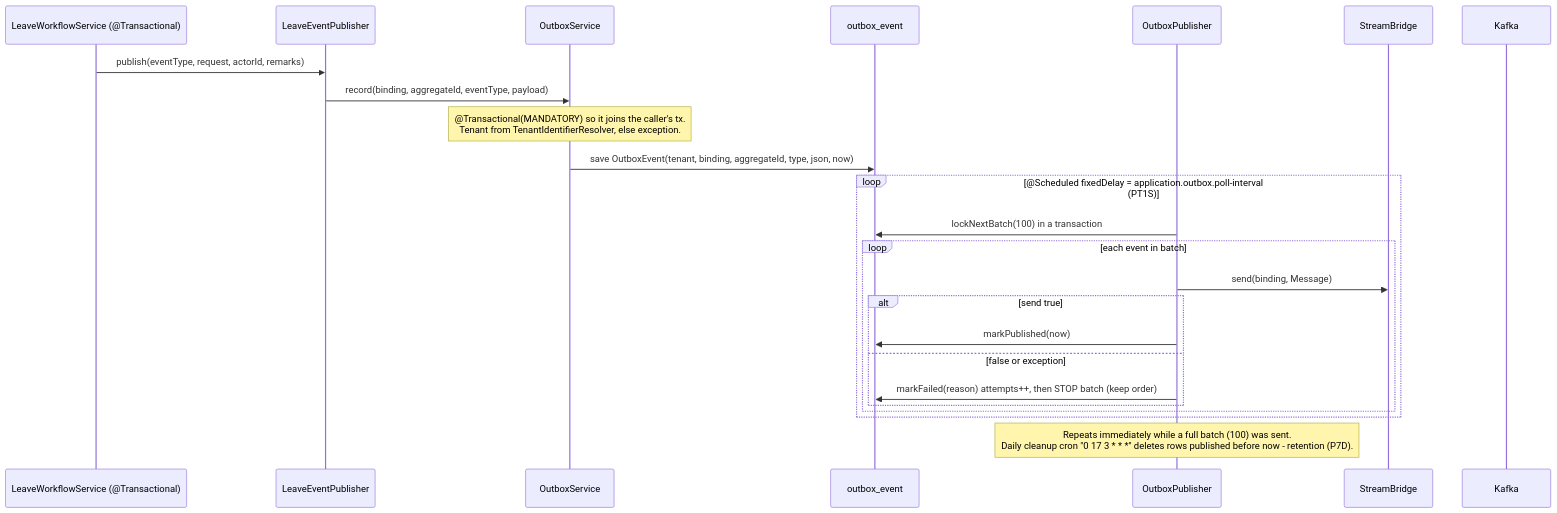
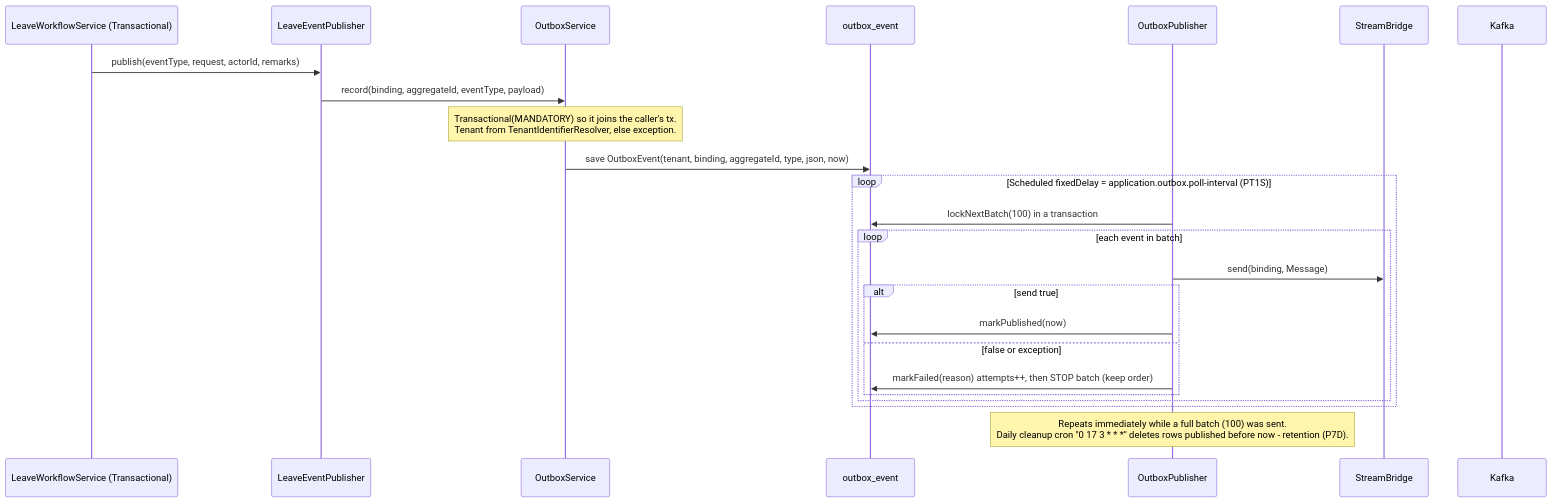
One commit to Scaibu/llm-obs-policies changed diagram 20 of 28 in rules/code-quality/architecture-principles/0002-generic-microservice-platform-blueprint.md. Above: the diagram before and after it, drawn with Mermaid. The commit also changed other lines of this file, not shown here.

Commit message:
fix(diagrams): remove all @ annotations from Mermaid blocks to fix parse errors

````diff
--- a/rules/code-quality/architecture-principles/0002-generic-microservice-platform-blueprint.md
+++ b/rules/code-quality/architecture-principles/0002-generic-microservice-platform-blueprint.md
@@ -1225,26 +1225,26 @@
 ```mermaid
 sequenceDiagram
-    participant WS as LeaveWorkflowService (@Transactional)
+    participant WS as LeaveWorkflowService (Transactional)
     participant EP as LeaveEventPublisher
     participant OS as OutboxService
     participant DB as outbox_event
     participant PUB as OutboxPublisher
     participant SB as StreamBridge
     participant K as Kafka
     WS->>EP: publish(eventType, request, actorId, remarks)
     EP->>OS: record(binding, aggregateId, eventType, payload)
-    Note over OS: @Transactional(MANDATORY) so it joins the caller's tx.<br/>Tenant from TenantIdentifierResolver, else exception.
+    Note over OS: Transactional(MANDATORY) so it joins the caller's tx.<br/>Tenant from TenantIdentifierResolver, else exception.
     OS->>DB: save OutboxEvent(tenant, binding, aggregateId, type, json, now)
-    loop @Scheduled fixedDelay = application.outbox.poll-interval (PT1S)
+    loop Scheduled fixedDelay = application.outbox.poll-interval (PT1S)
         PUB->>DB: lockNextBatch(100) in a transaction
         loop each event in batch
             PUB->>SB: send(binding, Message)
             alt send true
                 PUB->>DB: markPublished(now)
             else false or exception
                 PUB->>DB: markFailed(reason) attempts++, then STOP batch (keep order)
             end
         end
     end
     Note over PUB: Repeats immediately while a full batch (100) was sent.<br/>Daily cleanup cron "0 17 3 * * *" deletes rows published before now - retention (P7D).
 ```
````
